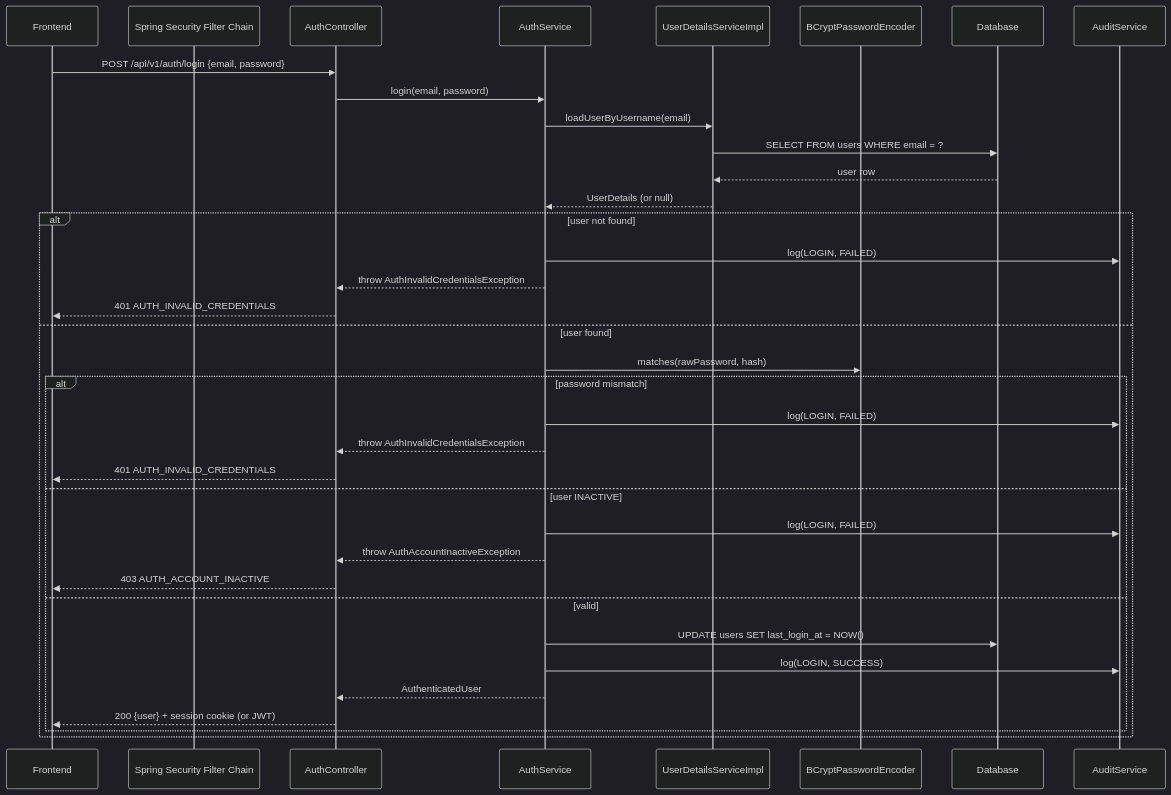
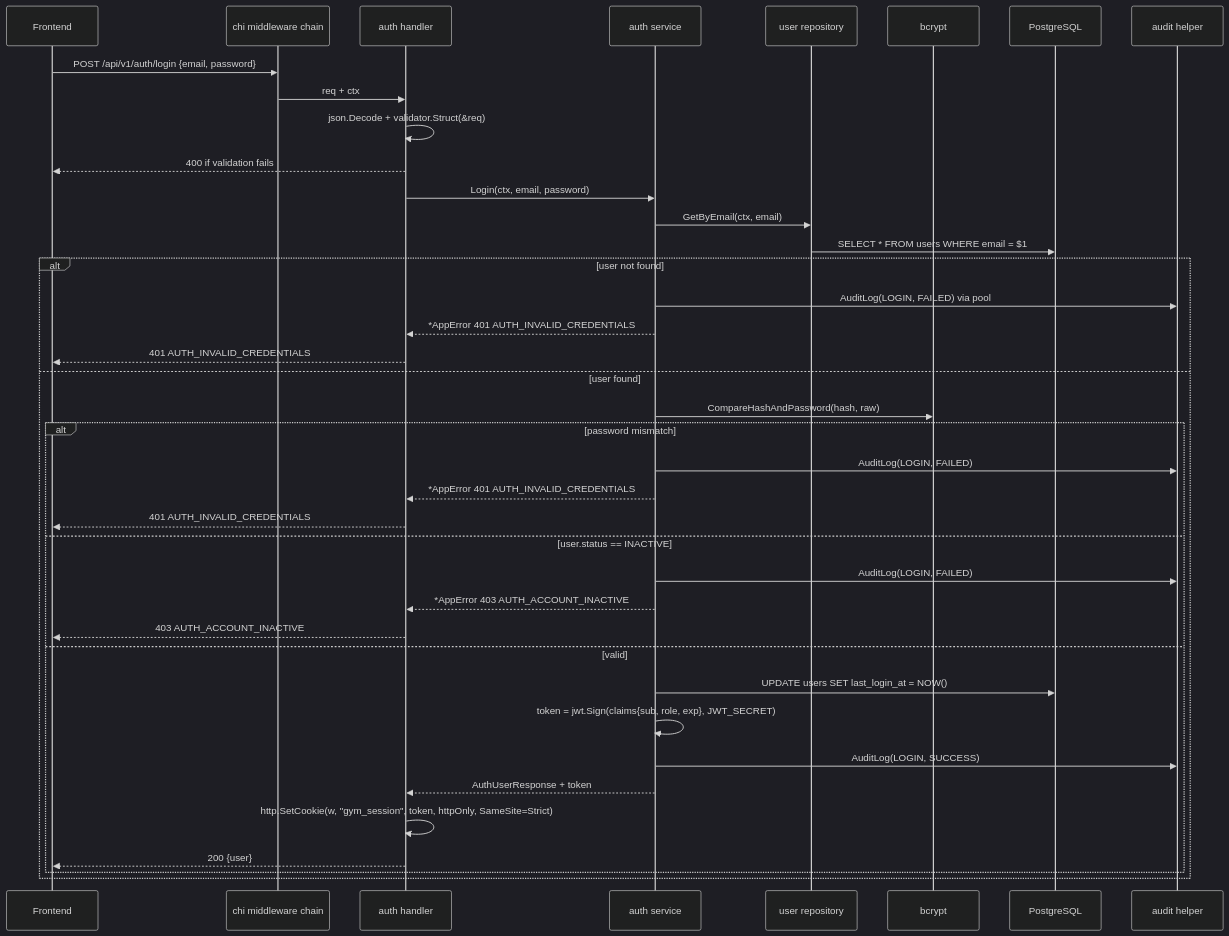
Before and after one commit to sidpd51/gym-app: the diagram in backend/docs/07-auth-security.md, drawn with Mermaid (dark theme). The commit also changed other lines of this file and 5 other files, not shown here.

Commit message:
Migrate backend architecture documentation from Java/Spring Boot to Go

````diff
--- a/backend/docs/07-auth-security.md
+++ b/backend/docs/07-auth-security.md
@@ -48,39 +36,42 @@
 ```mermaid
 sequenceDiagram
     participant FE as Frontend
-    participant SC as Spring Security Filter Chain
-    participant AC as AuthController
-    participant AS as AuthService
-    participant UDS as UserDetailsServiceImpl
-    participant PE as BCryptPasswordEncoder
-    participant DB as Database
-    participant Audit as AuditService
+    participant MW as chi middleware chain
+    participant H as auth handler
+    participant S as auth service
+    participant R as user repository
+    participant BC as bcrypt
+    participant DB as PostgreSQL
+    participant A as audit helper
 
-    FE->>AC: POST /api/v1/auth/login {email, password}
-    AC->>AS: login(email, password)
-    AS->>UDS: loadUserByUsername(email)
-    UDS->>DB: SELECT FROM users WHERE email = ?
-    DB-->>UDS: user row
-    UDS-->>AS: UserDetails (or null)
+    FE->>MW: POST /api/v1/auth/login {email, password}
+    MW->>H: req + ctx
+    H->>H: json.Decode + validator.Struct(&req)
+    H-->>FE: 400 if validation fails
+    H->>S: Login(ctx, email, password)
+    S->>R: GetByEmail(ctx, email)
+    R->>DB: SELECT * FROM users WHERE email = $1
     alt user not found
-        AS->>Audit: log(LOGIN, FAILED)
-        AS-->>AC: throw AuthInvalidCredentialsException
-        AC-->>FE: 401 AUTH_INVALID_CREDENTIALS
+        S->>A: AuditLog(LOGIN, FAILED) via pool
+        S-->>H: *AppError 401 AUTH_INVALID_CREDENTIALS
+        H-->>FE: 401 AUTH_INVALID_CREDENTIALS
     else user found
-        AS->>PE: matches(rawPassword, hash)
+        S->>BC: CompareHashAndPassword(hash, raw)
         alt password mismatch
-            AS->>Audit: log(LOGIN, FAILED)
-            AS-->>AC: throw AuthInvalidCredentialsException
-            AC-->>FE: 401 AUTH_INVALID_CREDENTIALS
-        else user INACTIVE
-            AS->>Audit: log(LOGIN, FAILED)
-            AS-->>AC: throw AuthAccountInactiveException
-            AC-->>FE: 403 AUTH_ACCOUNT_INACTIVE
+            S->>A: AuditLog(LOGIN, FAILED)
+            S-->>H: *AppError 401 AUTH_INVALID_CREDENTIALS
+            H-->>FE: 401 AUTH_INVALID_CREDENTIALS
+        else user.status == INACTIVE
+            S->>A: AuditLog(LOGIN, FAILED)
+            S-->>H: *AppError 403 AUTH_ACCOUNT_INACTIVE
+            H-->>FE: 403 AUTH_ACCOUNT_INACTIVE
         else valid
-            AS->>DB: UPDATE users SET last_login_at = NOW()
-            AS->>Audit: log(LOGIN, SUCCESS)
-            AS-->>AC: AuthenticatedUser
-            AC-->>FE: 200 {user} + session cookie (or JWT)
+            S->>DB: UPDATE users SET last_login_at = NOW()
+            S->>S: token = jwt.Sign(claims{sub, role, exp}, JWT_SECRET)
+            S->>A: AuditLog(LOGIN, SUCCESS)
+            S-->>H: AuthUserResponse + token
+            H->>H: http.SetCookie(w, "gym_session", token, httpOnly, SameSite=Strict)
+            H-->>FE: 200 {user}
         end
     end
 ```
````
